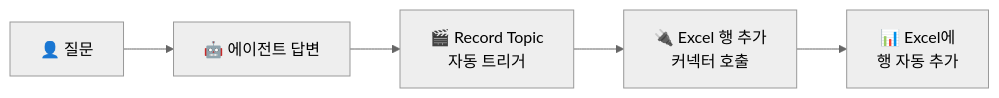
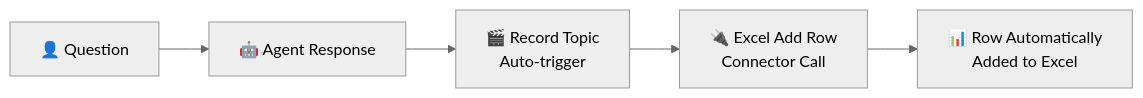
The diagram in docs/m11-connector.md (microsoft/easycopilotlab), drawn with Mermaid (neutral theme) before and after one commit. The commit also changed other lines of this file and 41 other files, not shown here.

````diff
--- a/docs/m11-connector.md
+++ b/docs/m11-connector.md
@@ -64,7 +64,7 @@
 ```mermaid
 flowchart LR
-    A[👤 질문] --> B[🤖 에이전트 답변]
-    B --> C[🎬 Record Topic<br>자동 트리거]
-   C --> D[🔌 Excel 행 추가<br>커넥터 호출]
-   D --> E[📊 Excel에<br>행 자동 추가]
+    A[👤 Question] --> B[🤖 Agent Response]
+    B --> C[🎬 Record Topic<br>Auto-trigger]
+   C --> D[🔌 Excel Add Row<br>Connector Call]
+   D --> E[📊 Row Automatically<br>Added to Excel]
 ```
````
